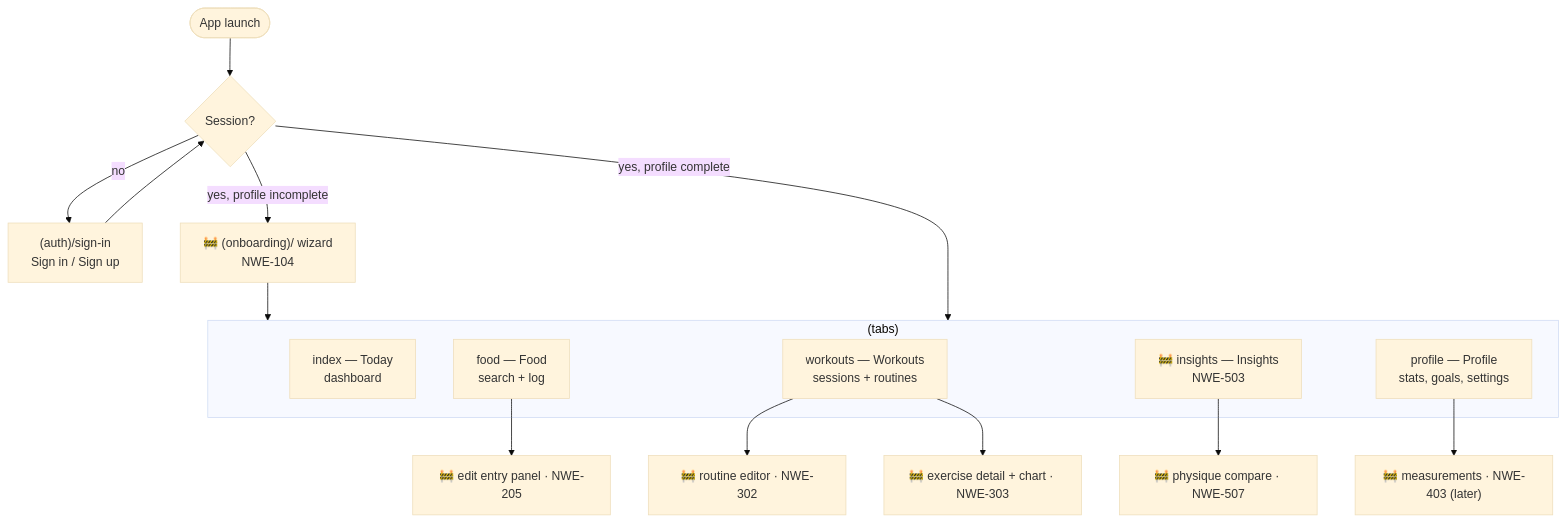
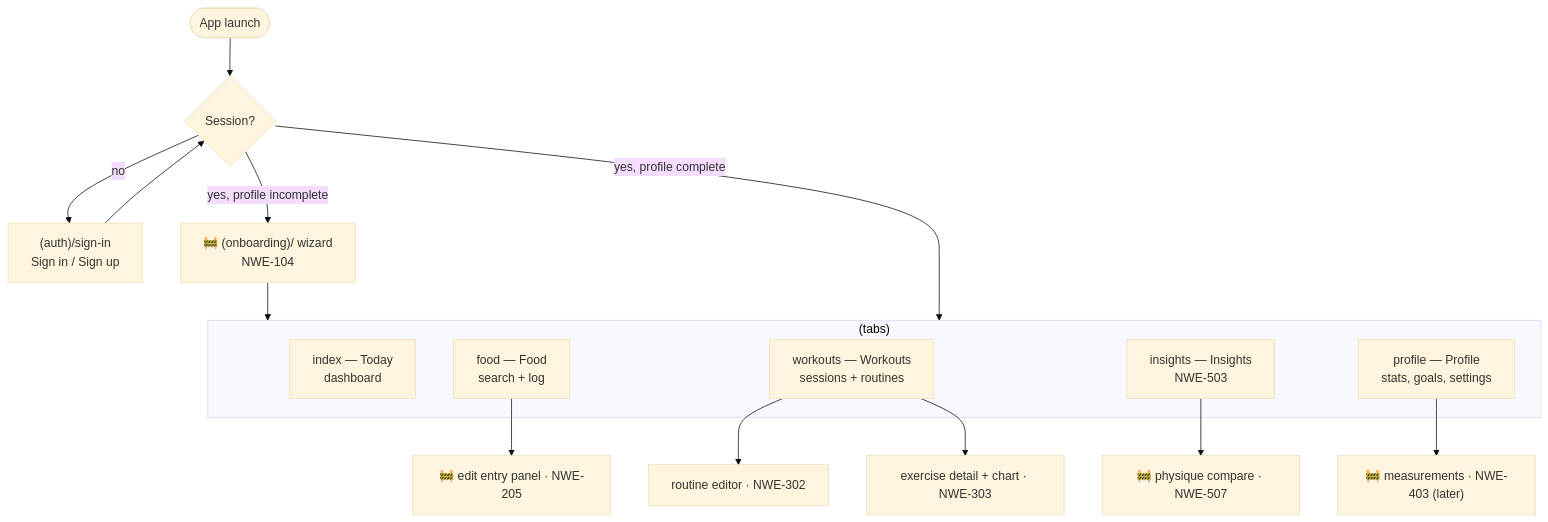
One commit to pran-gc/NutriWorkoutExpert changed the first of 6 diagrams in docs/ui-flows.md. Above: the diagram before and after it, drawn with Mermaid (base theme). The commit also changed other lines of this file and 83 other files, not shown here.

````diff
--- a/docs/ui-flows.md
+++ b/docs/ui-flows.md
@@ -11,23 +11,23 @@
 ```mermaid
 flowchart TD
     LAUNCH([App launch]) --> GUARD{Session?}
     GUARD -- no --> SIGNIN["(auth)/sign-in\nSign in / Sign up"]
     SIGNIN --> GUARD
     GUARD -- "yes, profile incomplete" --> ONB["🚧 (onboarding)/ wizard\nNWE-104"]
     ONB --> TABS
     GUARD -- "yes, profile complete" --> TABS
 
     subgraph TABS["(tabs)"]
         TODAY["index — Today\ndashboard"]
         FOOD["food — Food\nsearch + log"]
         WORK["workouts — Workouts\nsessions + routines"]
-        INSIGHTS["🚧 insights — Insights\nNWE-503"]
+        INSIGHTS["insights — Insights\nNWE-503"]
         PROFILE["profile — Profile\nstats, goals, settings"]
     end
 
     FOOD --> EDITFOOD["🚧 edit entry panel · NWE-205"]
-    WORK --> ROUTINES["🚧 routine editor · NWE-302"]
-    WORK --> EXDETAIL["🚧 exercise detail + chart · NWE-303"]
+    WORK --> ROUTINES["routine editor · NWE-302"]
+    WORK --> EXDETAIL["exercise detail + chart · NWE-303"]
     INSIGHTS --> COMPARE["🚧 physique compare · NWE-507"]
     PROFILE --> MEASURE["🚧 measurements · NWE-403 (later)"]
 ```
````
